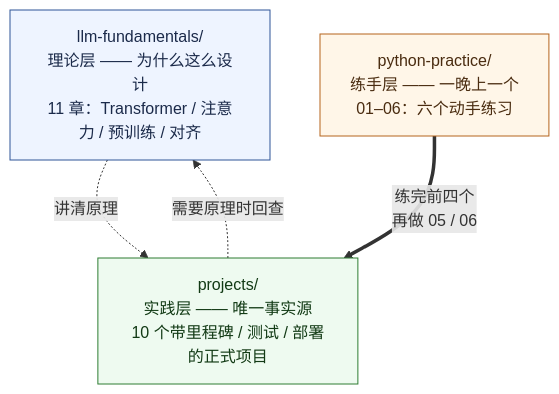
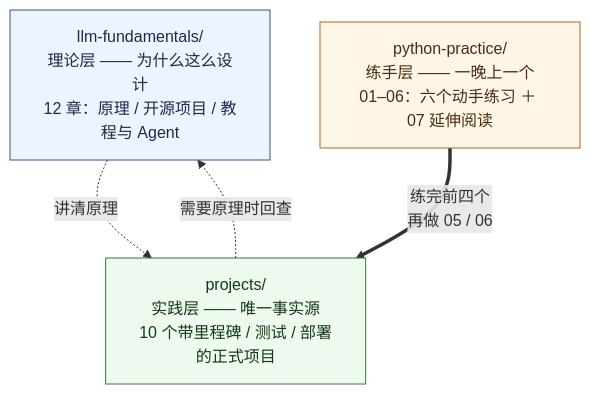
The diagram in python-practice/README.md (beiluoL/ai-engineer-journey), drawn with Mermaid before and after one commit. The commit also changed other lines of this file and 13 other files, not shown here.

````diff
--- a/python-practice/README.md
+++ b/python-practice/README.md
@@ -114,14 +128,14 @@
 ```mermaid
 graph TD
-    T["llm-fundamentals/<br/>理论层 —— 为什么这么设计<br/>11 章：Transformer / 注意力 / 预训练 / 对齐"]
-    P["python-practice/<br/>练手层 —— 一晚上一个<br/>01–06：六个动手练习"]
+    T["llm-fundamentals/<br/>理论层 —— 为什么这么设计<br/>12 章：原理 / 开源项目 / 教程与 Agent"]
+    P["python-practice/<br/>练手层 —— 一晚上一个<br/>01–06：六个动手练习 ＋ 07 延伸阅读"]
     J["projects/<br/>实践层 —— 唯一事实源<br/>10 个带里程碑 / 测试 / 部署的正式项目"]
 
     T -.讲清原理.-> J
     P ==>|"练完前四个<br/>再做 05 / 06"| J
     J -.需要原理时回查.-> T
 
     style T fill:#eef4ff,stroke:#2F5597,color:#1b2a4a
     style P fill:#fff6e8,stroke:#b5651d,color:#4a2c10
     style J fill:#eefaf0,stroke:#2e7d32,color:#123a15
 ```
````
